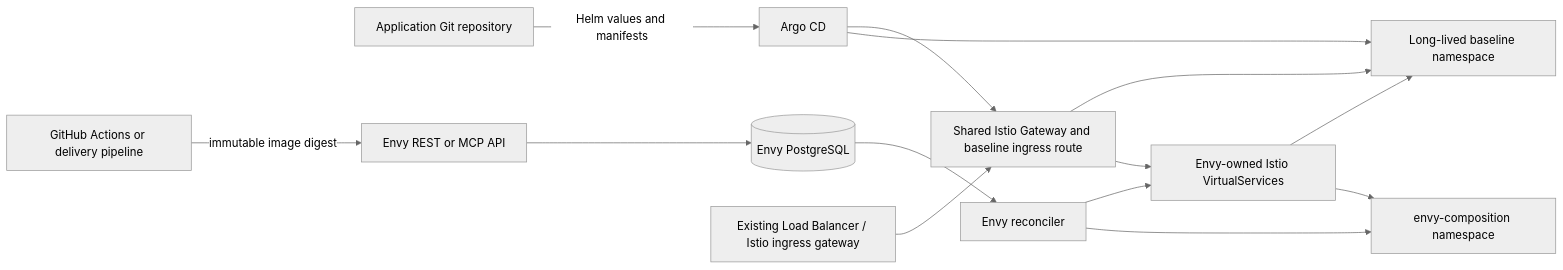
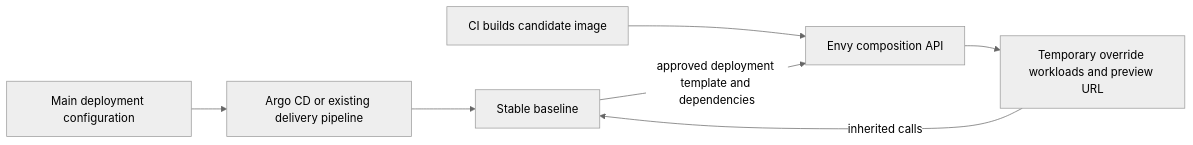
The diagram in docs/argo-cd-integration.md (dblooman/envy), drawn with Mermaid (neutral theme) before and after one commit. The commit also changed other lines of this file and 54 other files, not shown here.

````diff
--- a/docs/argo-cd-integration.md
+++ b/docs/argo-cd-integration.md
@@ -27,18 +7,9 @@
 ```mermaid
 flowchart LR
-    Git[Application Git repository] -->|Helm values and manifests| Argo[Argo CD]
-    Argo --> BaseNS[Long-lived baseline namespace]
-    Argo --> Gateway[Shared Istio Gateway and baseline ingress route]
-
-    CI[GitHub Actions or delivery pipeline] -->|immutable image digest| EnvyAPI[Envy REST or MCP API]
-    EnvyAPI --> DB[(Envy PostgreSQL)]
-    DB --> Reconciler[Envy reconciler]
-    Reconciler --> PreviewNS[envy-composition namespace]
-    Reconciler --> Routes[Envy-owned Istio VirtualServices]
-
-    Gateway --> Routes
-    Gateway --> BaseNS
-    Routes --> PreviewNS
-    Routes --> BaseNS
-    LB[Existing Load Balancer / Istio ingress gateway] --> Gateway
+  Main[Main deployment configuration] --> Argo[Argo CD or existing delivery pipeline]
+  Argo --> Baseline[Stable baseline]
+  Build[CI builds candidate image] --> Envy[Envy composition API]
+  Baseline -->|approved deployment template and dependencies| Envy
+  Envy --> Preview[Temporary override workloads and preview URL]
+  Preview -->|inherited calls| Baseline
 ```
````
